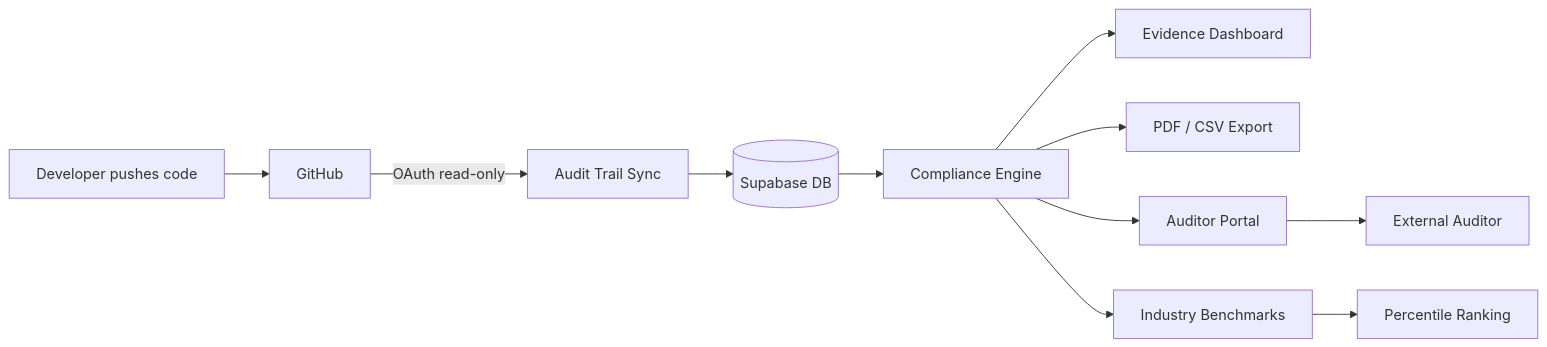
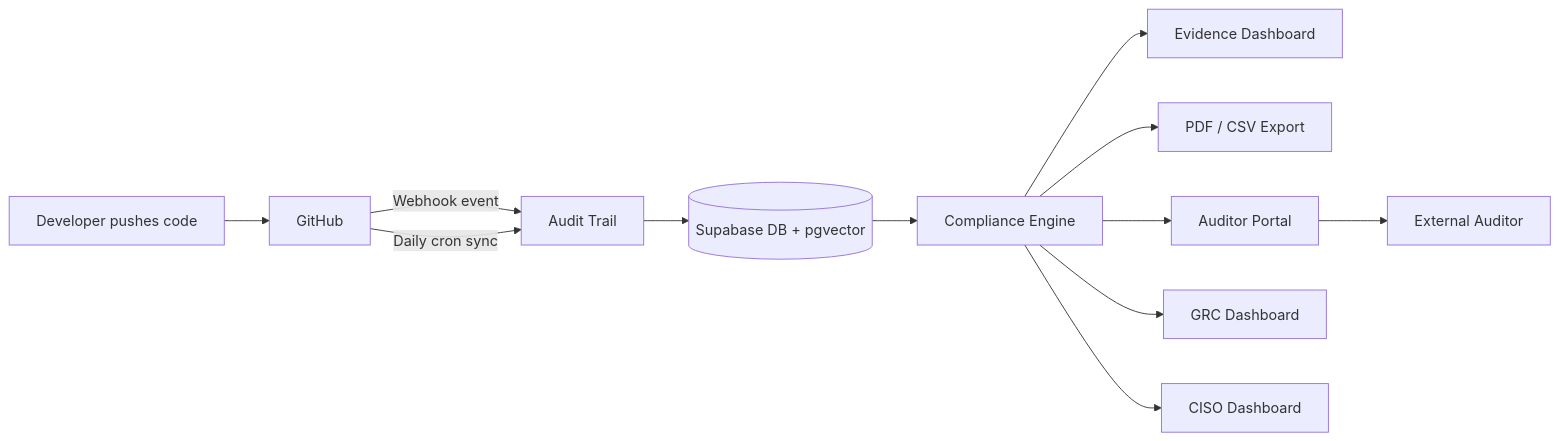
One commit to JohnJohnW/audittrail-dev changed the diagram in README.md. Above: the diagram before and after it, drawn with Mermaid. The commit also changed other lines of this file and 9 other files, not shown here.

````diff
--- a/README.md
+++ b/README.md
@@ -35,13 +36,14 @@
 ```mermaid
 flowchart LR
     A[Developer pushes code] --> B[GitHub]
-    B -->|OAuth read-only| C[Audit Trail Sync]
-    C --> D[(Supabase DB)]
+    B -->|Webhook event| C[Audit Trail]
+    B -->|Daily cron sync| C
+    C --> D[(Supabase DB + pgvector)]
     D --> E[Compliance Engine]
     E --> F[Evidence Dashboard]
     E --> G[PDF / CSV Export]
     E --> H[Auditor Portal]
-    E --> I[Industry Benchmarks]
-    H --> J[External Auditor]
-    I --> K[Percentile Ranking]
+    E --> I[GRC Dashboard]
+    E --> J[CISO Dashboard]
+    H --> K[External Auditor]
 ```
````
